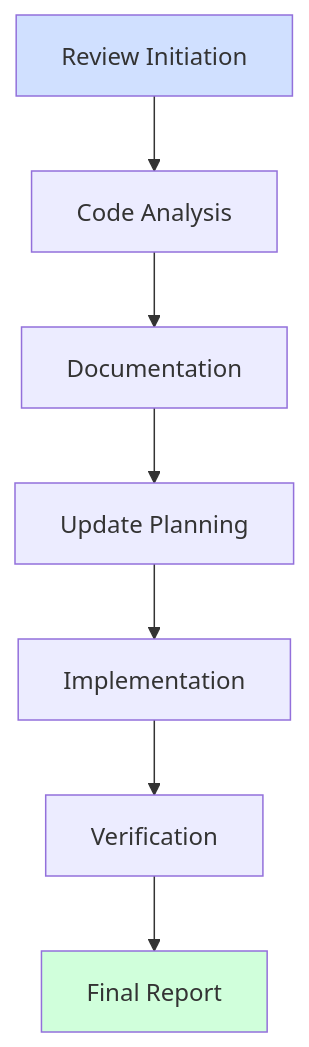
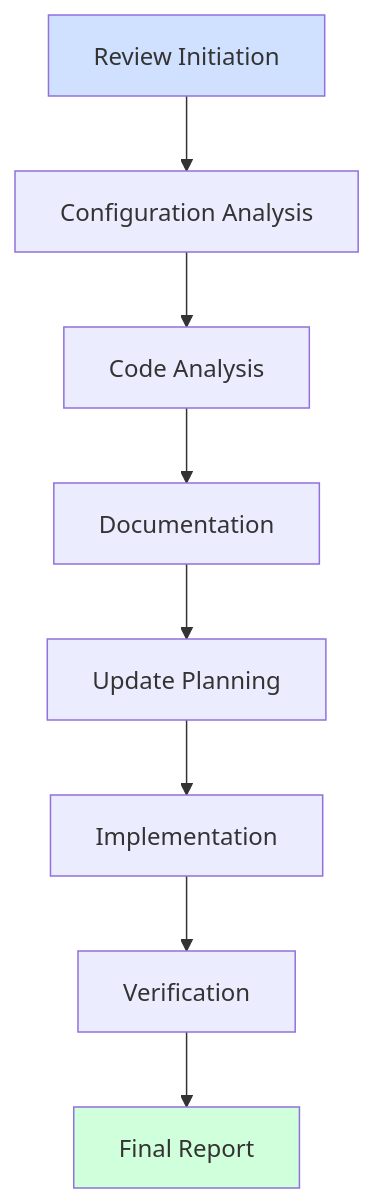
The second of 3 diagrams in docs/templates/00_introduction.md (seanwhaley/USASpending), drawn with Mermaid before and after one commit. The commit also changed other lines of this file and 14 other files, not shown here.

Commit message:
Rewrote template folder files to improve outcomes in documentation. including final report before making these changes.

````diff
--- a/docs/templates/00_introduction.md
+++ b/docs/templates/00_introduction.md
@@ -30,12 +138,13 @@
 ```mermaid
-flowchart TD
-    A[Review Initiation] --> B[Code Analysis]
-    B --> C[Documentation]
-    C --> D[Update Planning]
-    D --> E[Implementation]
-    E --> F[Verification]
-    F --> G[Final Report]
+graph TD
+    A[Review Initiation] --> B[Configuration Analysis]
+    B --> C[Code Analysis]
+    C --> D[Documentation]
+    D --> E[Update Planning]
+    E --> F[Implementation]
+    F --> G[Verification]
+    G --> H[Final Report]
     
     style A fill:#d0e0ff
-    style G fill:#d0ffdb
+    style H fill:#d0ffdb
 ```
````
